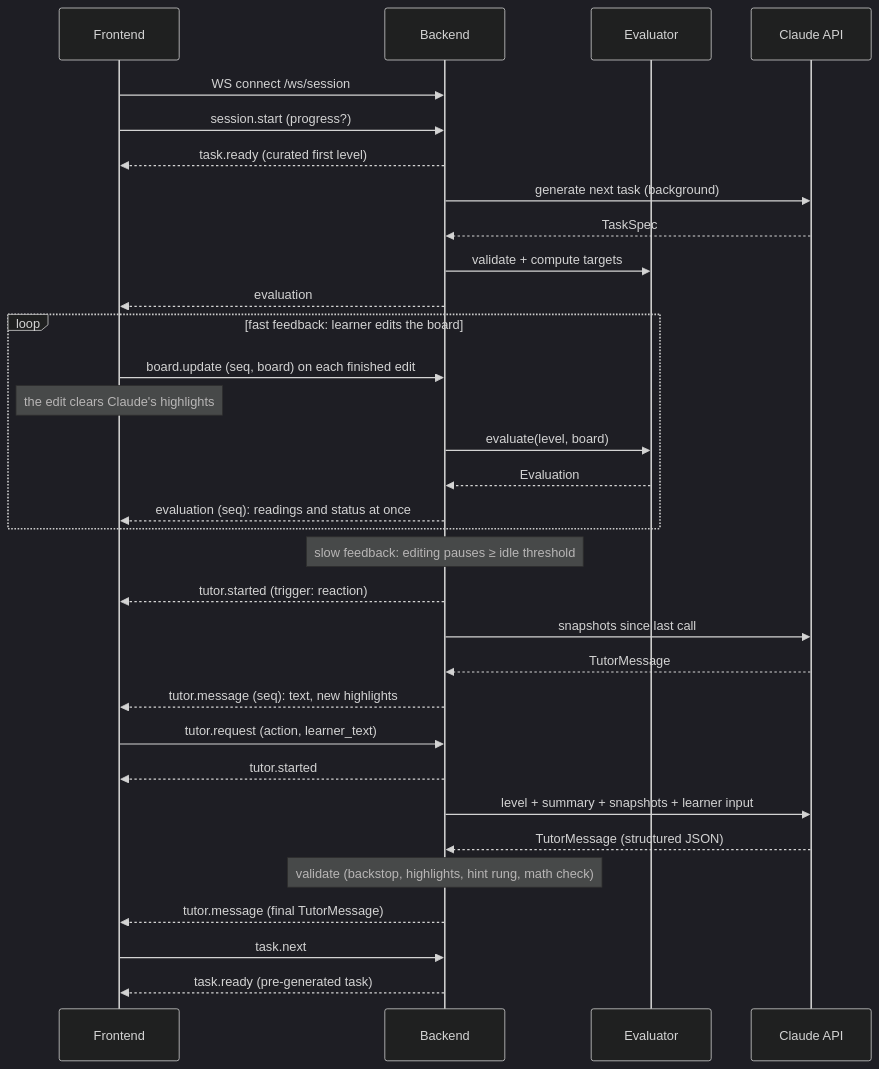
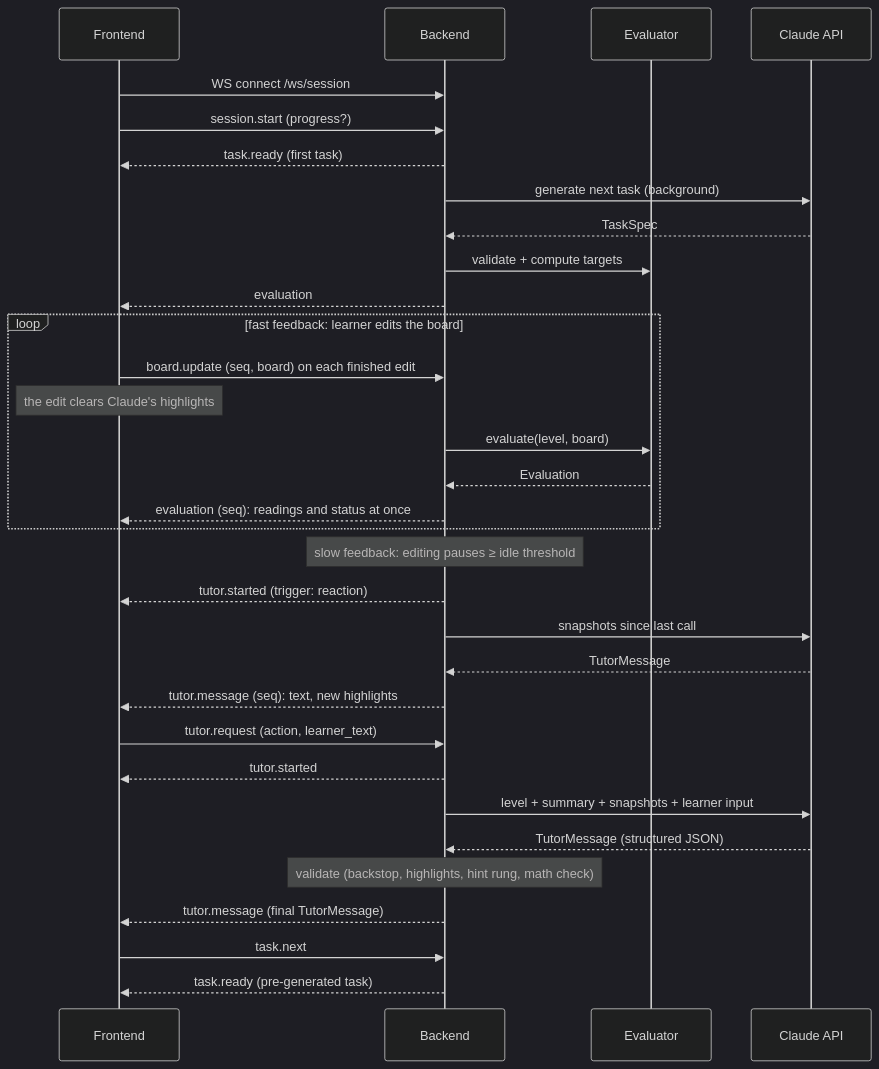
The diagram in docs/contract.md (VOxFF/schematics-ai-tutor), drawn with Mermaid (dark theme) before and after one commit. The commit also changed other lines of this file and 18 other files, not shown here.

````diff
--- a/docs/contract.md
+++ b/docs/contract.md
@@ -5,35 +5,35 @@
 ```mermaid
 sequenceDiagram
     participant FE as Frontend
     participant BE as Backend
     participant EV as Evaluator
     participant C as Claude API
 
     FE->>BE: WS connect /ws/session
     FE->>BE: session.start (progress?)
-    BE-->>FE: task.ready (curated first level)
+    BE-->>FE: task.ready (first task)
     BE->>C: generate next task (background)
     C-->>BE: TaskSpec
     BE->>EV: validate + compute targets
     BE-->>FE: evaluation
     loop fast feedback: learner edits the board
         FE->>BE: board.update (seq, board) on each finished edit
         Note over FE: the edit clears Claude's highlights
         BE->>EV: evaluate(level, board)
         EV-->>BE: Evaluation
         BE-->>FE: evaluation (seq): readings and status at once
     end
     Note over BE: slow feedback: editing pauses ≥ idle threshold
     BE-->>FE: tutor.started (trigger: reaction)
     BE->>C: snapshots since last call
     C-->>BE: TutorMessage
     BE-->>FE: tutor.message (seq): text, new highlights
     FE->>BE: tutor.request (action, learner_text)
     BE-->>FE: tutor.started
     BE->>C: level + summary + snapshots + learner input
     C-->>BE: TutorMessage (structured JSON)
     Note over BE: validate (backstop, highlights, hint rung, math check)
     BE-->>FE: tutor.message (final TutorMessage)
     FE->>BE: task.next
     BE-->>FE: task.ready (pre-generated task)
 ```
````
